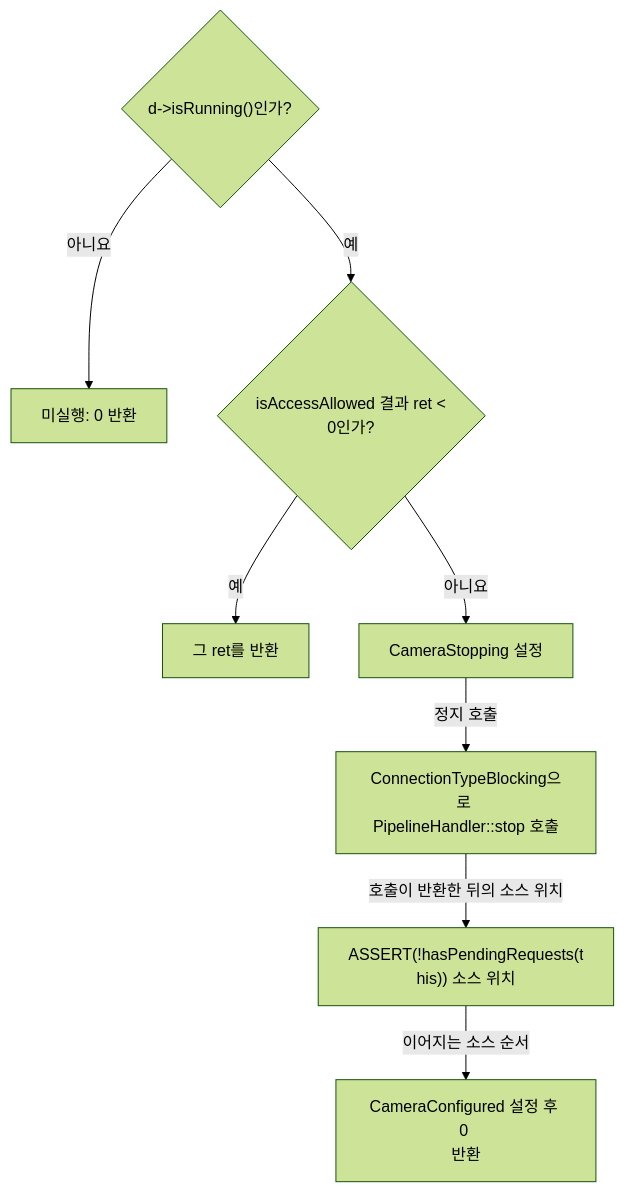
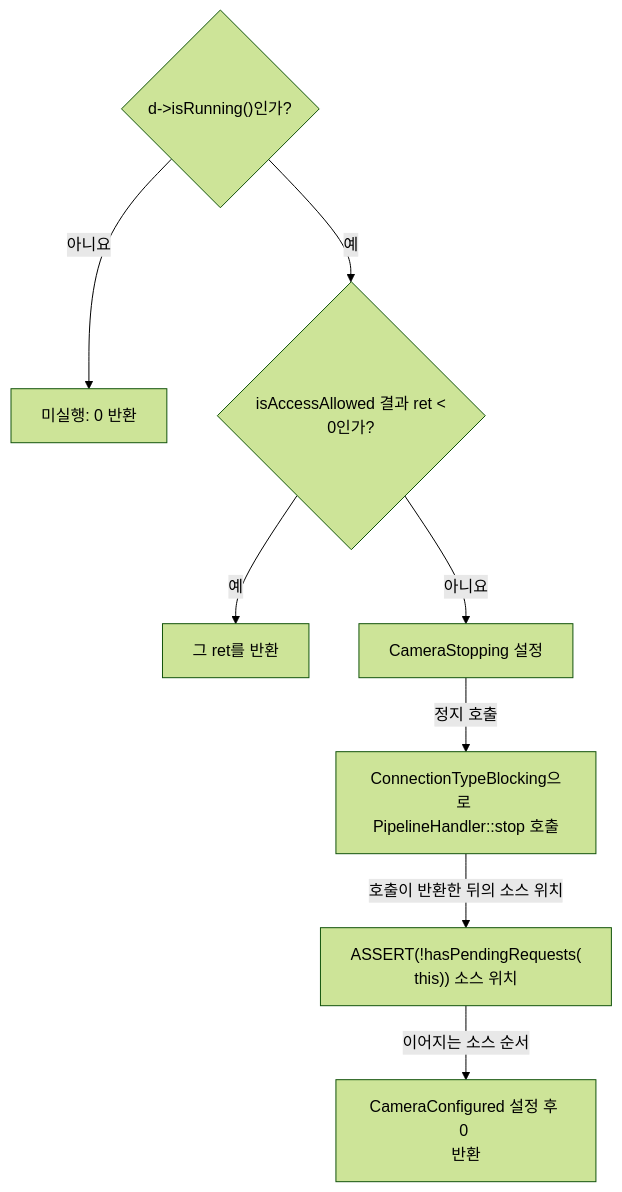
One commit to TTolsun/libcamera-sdd changed diagram 15 of 19 in docs/request-lifecycle.md. Above: the diagram before and after it, drawn with Mermaid (forest theme). The commit also changed other lines of this file and 146 other files, not shown here.

````diff
--- a/docs/request-lifecycle.md
+++ b/docs/request-lifecycle.md
@@ -527,19 +672,19 @@
 ```mermaid
 flowchart TB
-%% sdd:translations {"ASSERT(!hasPendingRequests(t<br/>his)) 소스 위치": "Source location of <br/>ASSERT(!hasPendingRequests(t<br/>his))", "CameraConfigured 설정 후 0 <br/>반환": "Set CameraConfigured, then <br/>return 0", "CameraStopping 설정": "Set CameraStopping", "ConnectionTypeBlocking으로 <br/>PipelineHandler::stop 호출": "Invoke <br/>PipelineHandler::stop with <br/>ConnectionTypeBlocking", "d-&gt;isRunning()인가?": "Is d-&gt;isRunning() true?", "isAccessAllowed 결과 ret &lt; <br/>0인가?": "Is isAccessAllowed result <br/>ret &lt; 0?", "그 ret를 반환": "Return that ret", "미실행: 0 반환": "Not running: return 0", "아니요": "No", "예": "Yes", "이어지는 소스 순서": "Following source order", "정지 호출": "Invoke stop", "호출이 반환한 뒤의 소스 위치": "Source location after <br/>invocation returns"}
-  v_running{"d-&gt;isRunning()인가?"}
+%% sdd:translations {"ASSERT#40;#33;hasPendingRequests#40;<br/>this#41;#41; 소스 위치": "Source location of <br/>ASSERT#40;#33;hasPendingRequests#40;<br/>this#41;#41;", "CameraConfigured 설정 후 0 <br/>반환": "Set CameraConfigured, then <br/>return 0", "CameraStopping 설정": "Set CameraStopping", "ConnectionTypeBlocking으로 <br/>PipelineHandler::stop 호출": "Invoke <br/>PipelineHandler::stop with <br/>ConnectionTypeBlocking", "d-#62;isRunning#40;#41;인가?": "Is d-#62;isRunning#40;#41; true?", "isAccessAllowed 결과 ret #60; <br/>0인가?": "Is isAccessAllowed result <br/>ret #60; 0?", "그 ret를 반환": "Return that ret", "미실행: 0 반환": "Not running: return 0", "아니요": "No", "예": "Yes", "이어지는 소스 순서": "Following source order", "정지 호출": "Invoke stop", "호출이 반환한 뒤의 소스 위치": "Source location after <br/>invocation returns"}
+  v_running{"d-#62;isRunning#40;#41;인가?"}
   v_noop["미실행: 0 반환"]
-  v_access{"isAccessAllowed 결과 ret &lt; <br/>0인가?"}
+  v_access{"isAccessAllowed 결과 ret #60; <br/>0인가?"}
   v_error["그 ret를 반환"]
   v_stopping["CameraStopping 설정"]
   v_invoke["ConnectionTypeBlocking으로 <br/>PipelineHandler::stop 호출"]
-  v_assertion["ASSERT(!hasPendingRequests(t<br/>his)) 소스 위치"]
+  v_assertion["ASSERT#40;#33;hasPendingRequests#40;<br/>this#41;#41; 소스 위치"]
   v_configured["CameraConfigured 설정 후 0 <br/>반환"]
   v_running -->|"아니요"| v_noop
   v_running -->|"예"| v_access
   v_access -->|"예"| v_error
   v_access -->|"아니요"| v_stopping
   v_stopping -->|"정지 호출"| v_invoke
   v_invoke -->|"호출이 반환한 뒤의 소스 위치"| v_assertion
   v_assertion -->|"이어지는 소스 순서"| v_configured
 ```
````
